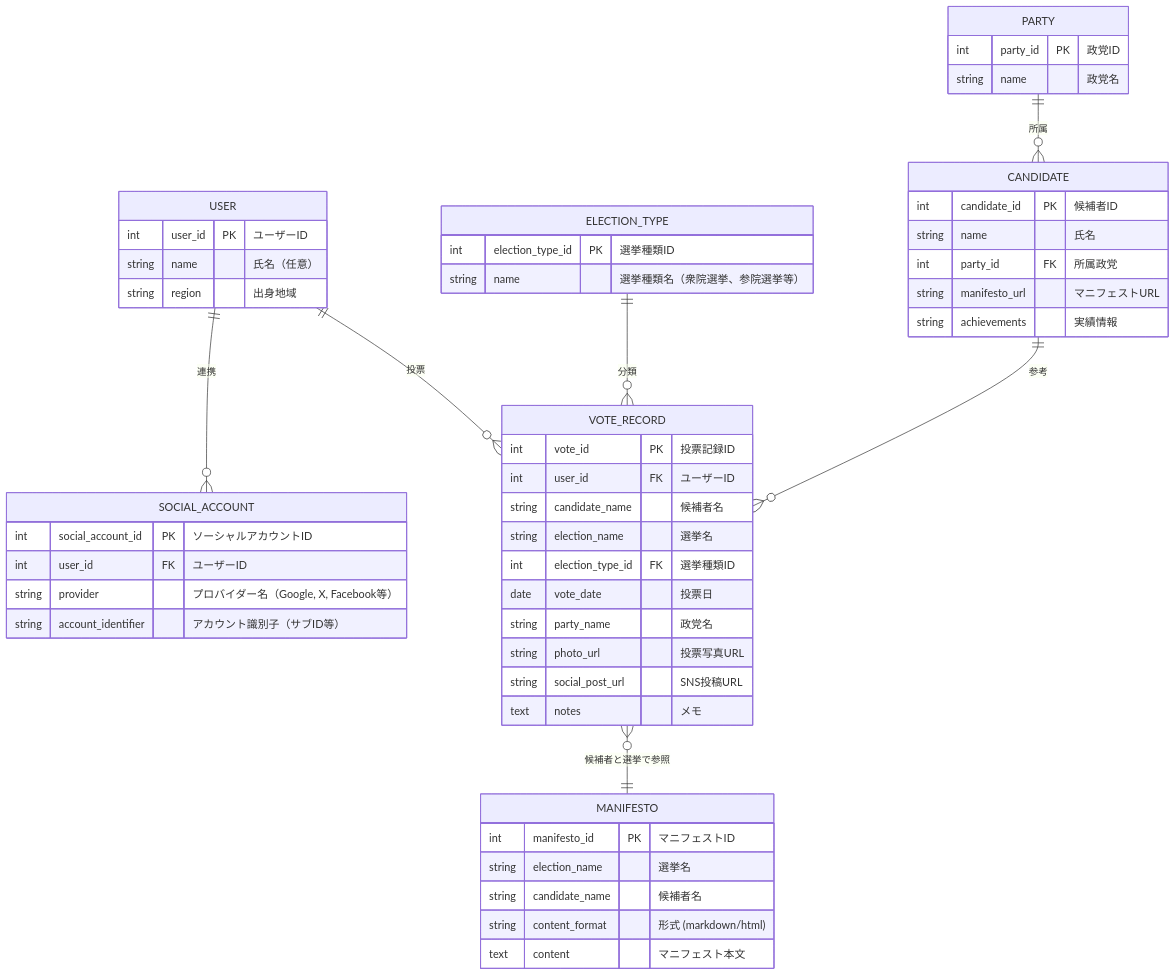
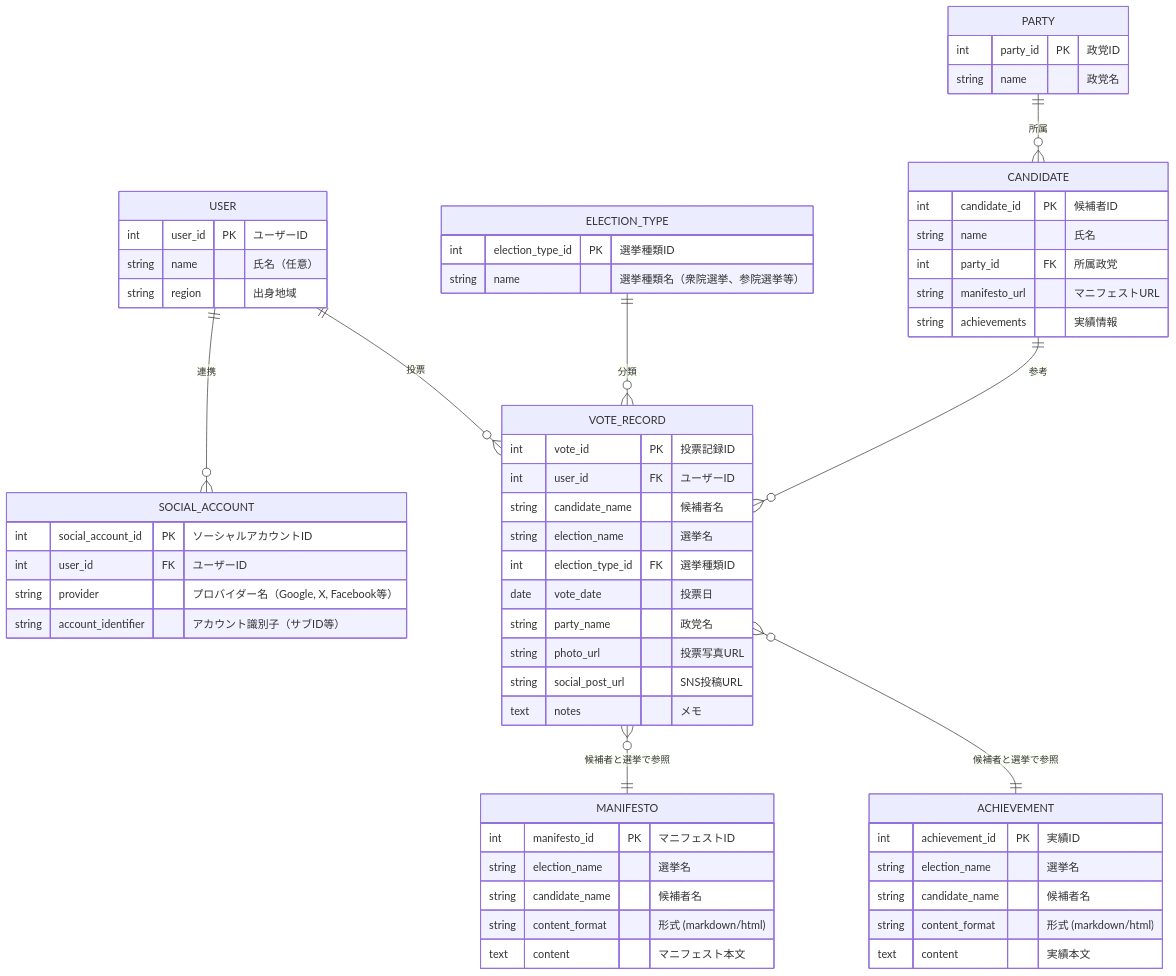
One commit to papettoTV/my-tohyo changed the diagram in doc/ER.md. Above: the diagram before and after it, drawn with Mermaid. The commit also changed other lines of this file and 6 other files, not shown here.

````diff
--- a/doc/ER.md
+++ b/doc/ER.md
@@ -5,55 +5,63 @@
 ```mermaid
 erDiagram
     USER {
         int user_id PK "ユーザーID"
         string name "氏名（任意）"
         string region "出身地域"
     }
     SOCIAL_ACCOUNT {
         int social_account_id PK "ソーシャルアカウントID"
         int user_id FK "ユーザーID"
         string provider "プロバイダー名（Google, X, Facebook等）"
         string account_identifier "アカウント識別子（サブID等）"
     }
     ELECTION_TYPE {
         int election_type_id PK "選挙種類ID"
         string name "選挙種類名（衆院選挙、参院選挙等）"
     }
     PARTY {
         int party_id PK "政党ID"
         string name "政党名"
     }
     CANDIDATE {
         int candidate_id PK "候補者ID"
         string name "氏名"
         int party_id FK "所属政党"
         string manifesto_url "マニフェストURL"
         string achievements "実績情報"
     }
     MANIFESTO {
         int manifesto_id PK "マニフェストID"
         string election_name "選挙名"
         string candidate_name "候補者名"
         string content_format "形式 (markdown/html)"
         text content "マニフェスト本文"
     }
+    ACHIEVEMENT {
+        int achievement_id PK "実績ID"
+        string election_name "選挙名"
+        string candidate_name "候補者名"
+        string content_format "形式 (markdown/html)"
+        text content "実績本文"
+    }
     VOTE_RECORD {
         int vote_id PK "投票記録ID"
         int user_id FK "ユーザーID"
         string candidate_name "候補者名"
         string election_name "選挙名"
         int election_type_id FK "選挙種類ID"
         date vote_date "投票日"
         string party_name "政党名"
         string photo_url "投票写真URL"
         string social_post_url "SNS投稿URL"
         text notes "メモ"
     }
 
     USER ||--o{ SOCIAL_ACCOUNT : "連携"
     USER ||--o{ VOTE_RECORD : "投票"
     ELECTION_TYPE ||--o{ VOTE_RECORD : "分類"
     CANDIDATE ||--o{ VOTE_RECORD : "参考"
     PARTY ||--o{ CANDIDATE : "所属"
     VOTE_RECORD }o--|| MANIFESTO : "候補者と選挙で参照"
+    VOTE_RECORD }o--|| ACHIEVEMENT : "候補者と選挙で参照"
 ```
````
